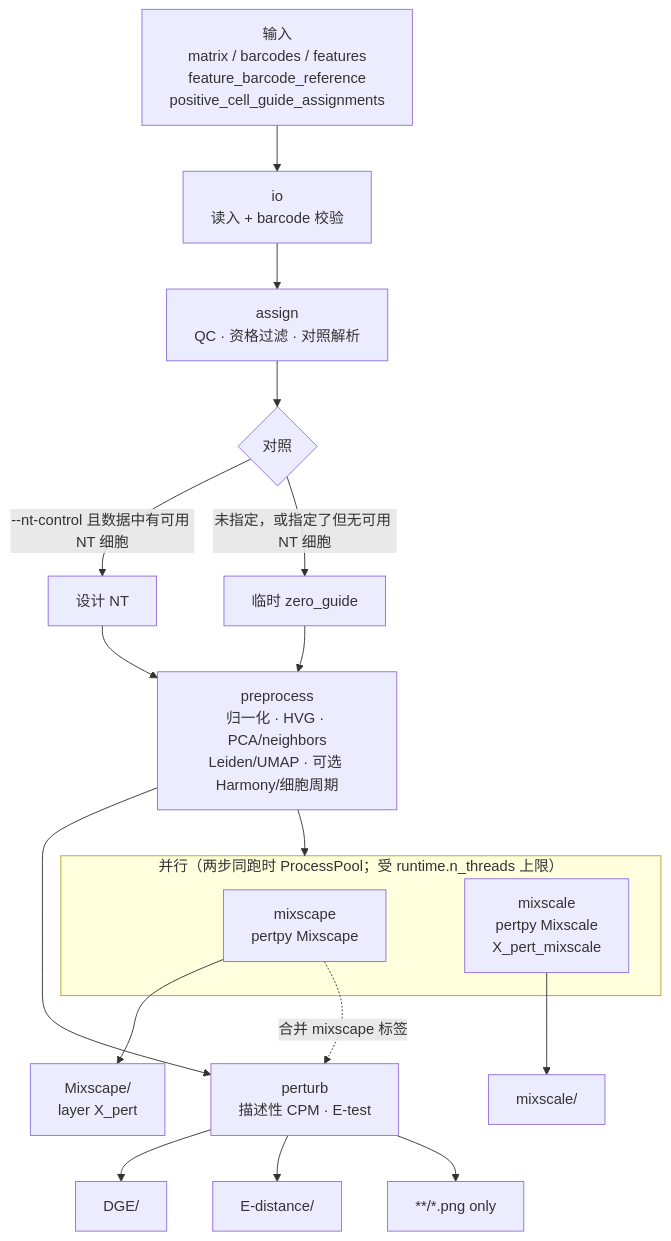
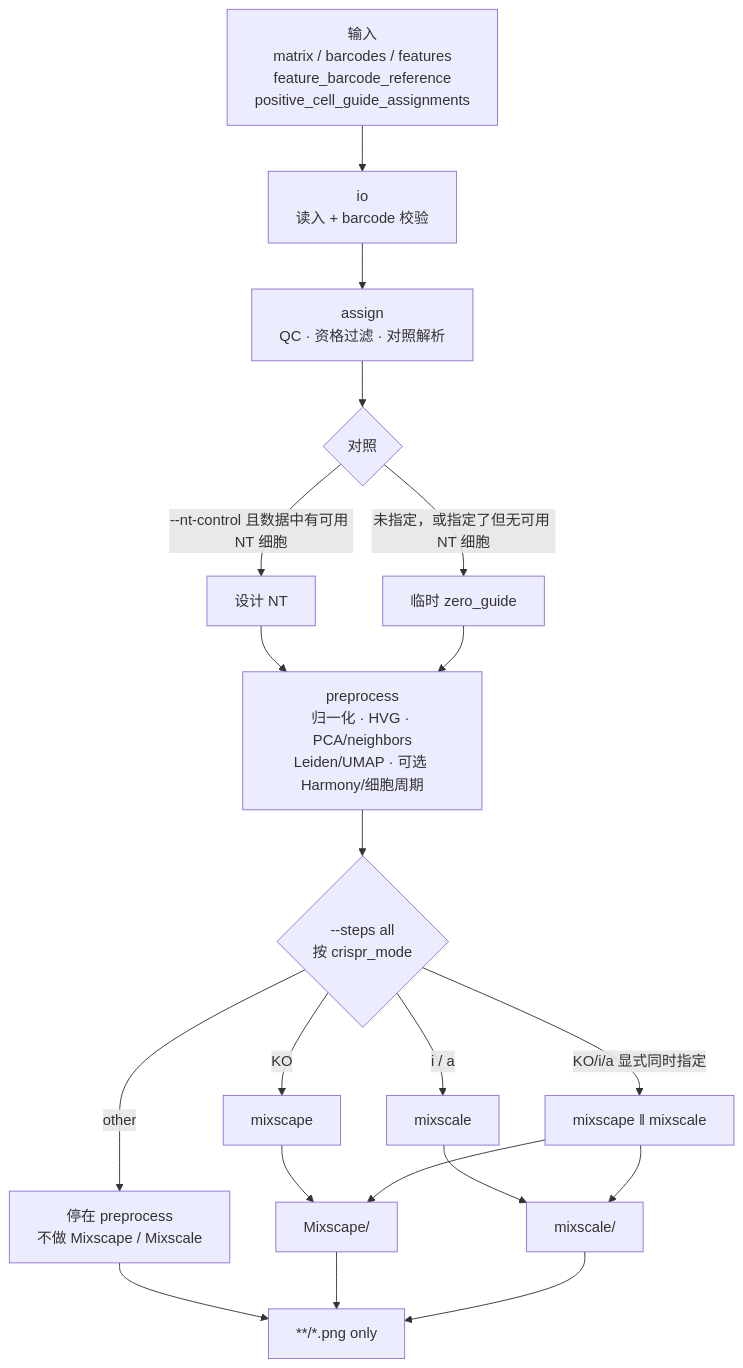
Before and after one commit to bio-apple/Perturb-seq: the diagram in docs/analysis.md, drawn with Mermaid. The commit also changed other lines of this file and 103 other files, not shown here.

````diff
--- a/docs/analysis.md
+++ b/docs/analysis.md
@@ -38,28 +41,26 @@
 ```mermaid
 flowchart TD
   IN["输入<br/>matrix / barcodes / features<br/>feature_barcode_reference<br/>positive_cell_guide_assignments"] --> IO
 
   IO["io<br/>读入 + barcode 校验"] --> ASG
 
   ASG["assign<br/>QC · 资格过滤 · 对照解析"] --> CTRL{"对照"}
   CTRL -->|"--nt-control 且数据中有可用 NT 细胞"| NT["设计 NT"]
   CTRL -->|"未指定，或指定了但无可用 NT 细胞"| ZG["临时 zero_guide"]
   NT --> PRE
   ZG --> PRE
 
-  PRE["preprocess<br/>归一化 · HVG · PCA/neighbors<br/>Leiden/UMAP · 可选 Harmony/细胞周期"] --> PAR
+  PRE["preprocess<br/>归一化 · HVG · PCA/neighbors<br/>Leiden/UMAP · 可选 Harmony/细胞周期"] --> MODE{"--steps all<br/>按 crispr_mode"}
+  MODE -->|"KO"| MX["mixscape"]
+  MODE -->|"i / a"| MS["mixscale"]
+  MODE -->|"other"| PRE_ONLY["停在 preprocess<br/>不做 Mixscape / Mixscale"]
+  MODE -->|"KO/i/a 显式同时指定"| BOTH["mixscape ‖ mixscale"]
 
-  subgraph PAR["并行（两步同跑时 ProcessPool；受 runtime.n_threads 上限）"]
-    MX["mixscape<br/>pertpy Mixscape"]
-    MS["mixscale<br/>pertpy Mixscale<br/>X_pert_mixscale"]
-  end
-
-  MX --> OUT_MX["Mixscape/<br/>layer X_pert"]
+  MX --> OUT_MX["Mixscape/"]
   MS --> OUT_MS["mixscale/"]
-
-  PRE --> PT
-  MX -.->|"合并 mixscape 标签"| PT
-  PT["perturb<br/>描述性 CPM · E-test"] --> OUT_DGE["DGE/"]
-  PT --> OUT_ED["E-distance/"]
-  PT --> OUT["**/*.png only"]
+  BOTH --> OUT_MX
+  BOTH --> OUT_MS
+  PRE_ONLY --> OUT["**/*.png only"]
+  OUT_MX --> OUT
+  OUT_MS --> OUT
 ```
````
